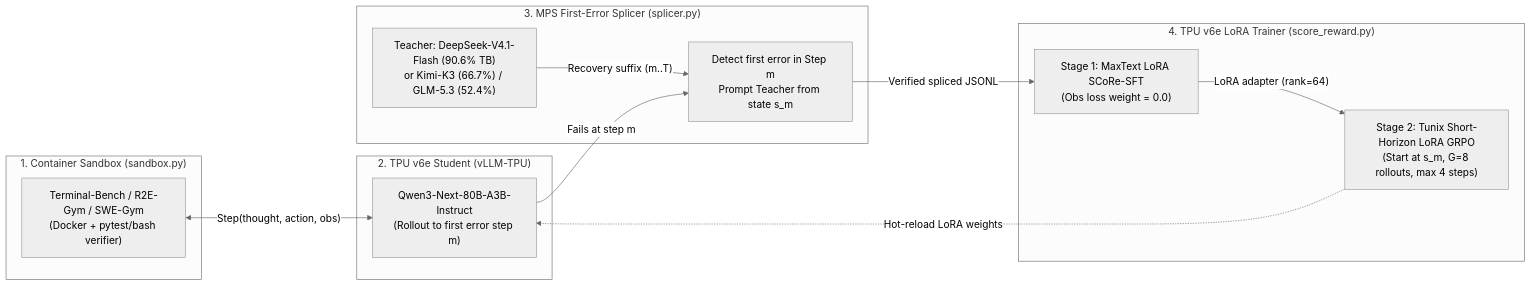
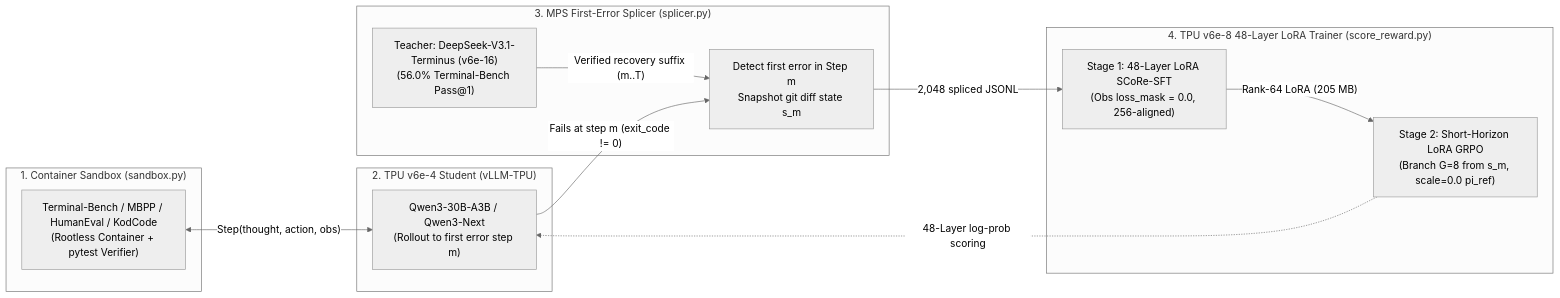
One commit to jawadaminGOOG/tpu-distil changed the diagram in docs/ARCHITECTURE.md. Above: the diagram before and after it, drawn with Mermaid (neutral theme). The commit also changed other lines of this file and 4 other files, not shown here.

Commit message:
Add practitioner technical note, visual research poster, and updated README and architecture docs

````diff
--- a/docs/ARCHITECTURE.md
+++ b/docs/ARCHITECTURE.md
@@ -36,27 +35,27 @@
 ```mermaid
 flowchart LR
     subgraph Env["1. Container Sandbox (sandbox.py)"]
-        TB["Terminal-Bench / R2E-Gym / SWE-Gym\n(Docker + pytest/bash verifier)"]
+        TB["Terminal-Bench / MBPP / HumanEval / KodCode\n(Rootless Container + pytest Verifier)"]
     end
 
-    subgraph Student["2. TPU v6e Student (vLLM-TPU)"]
-        Q3["Qwen3-Next-80B-A3B-Instruct\n(Rollout to first error step m)"]
+    subgraph Student["2. TPU v6e-4 Student (vLLM-TPU)"]
+        Q3["Qwen3-30B-A3B / Qwen3-Next\n(Rollout to first error step m)"]
     end
 
     subgraph Splicer["3. MPS First-Error Splicer (splicer.py)"]
-        MPS["Detect first error in Step m\nPrompt Teacher from state s_m"]
-        T["Teacher: DeepSeek-V4.1-Flash (90.6% TB)\nor Kimi-K3 (66.7%) / GLM-5.3 (52.4%)"]
+        MPS["Detect first error in Step m\nSnapshot git diff state s_m"]
+        T["Teacher: DeepSeek-V3.1-Terminus (v6e-16)\n(56.0% Terminal-Bench Pass@1)"]
     end
 
-    subgraph Trainer["4. TPU v6e LoRA Trainer (score_reward.py)"]
-        SFT["Stage 1: MaxText LoRA SCoRe-SFT\n(Obs loss weight = 0.0)"]
-        RL["Stage 2: Tunix Short-Horizon LoRA GRPO\n(Start at s_m, G=8 rollouts, max 4 steps)"]
+    subgraph Trainer["4. TPU v6e-8 48-Layer LoRA Trainer (score_reward.py)"]
+        SFT["Stage 1: 48-Layer LoRA SCoRe-SFT\n(Obs loss_mask = 0.0, 256-aligned)"]
+        RL["Stage 2: Short-Horizon LoRA GRPO\n(Branch G=8 from s_m, scale=0.0 pi_ref)"]
     end
 
     TB <-->|"Step(thought, action, obs)"| Q3
-    Q3 -->|"Fails at step m"| MPS
-    T -->|"Recovery suffix (m..T)"| MPS
-    MPS -->|"Verified spliced JSONL"| SFT
-    SFT -->|"LoRA adapter (rank=64)"| RL
-    RL -.->|"Hot-reload LoRA weights"| Q3
+    Q3 -->|"Fails at step m (exit_code != 0)"| MPS
+    T -->|"Verified recovery suffix (m..T)"| MPS
+    MPS -->|"2,048 spliced JSONL"| SFT
+    SFT -->|"Rank-64 LoRA (205 MB)"| RL
+    RL -.->|"48-Layer log-prob scoring"| Q3
 ```
````
